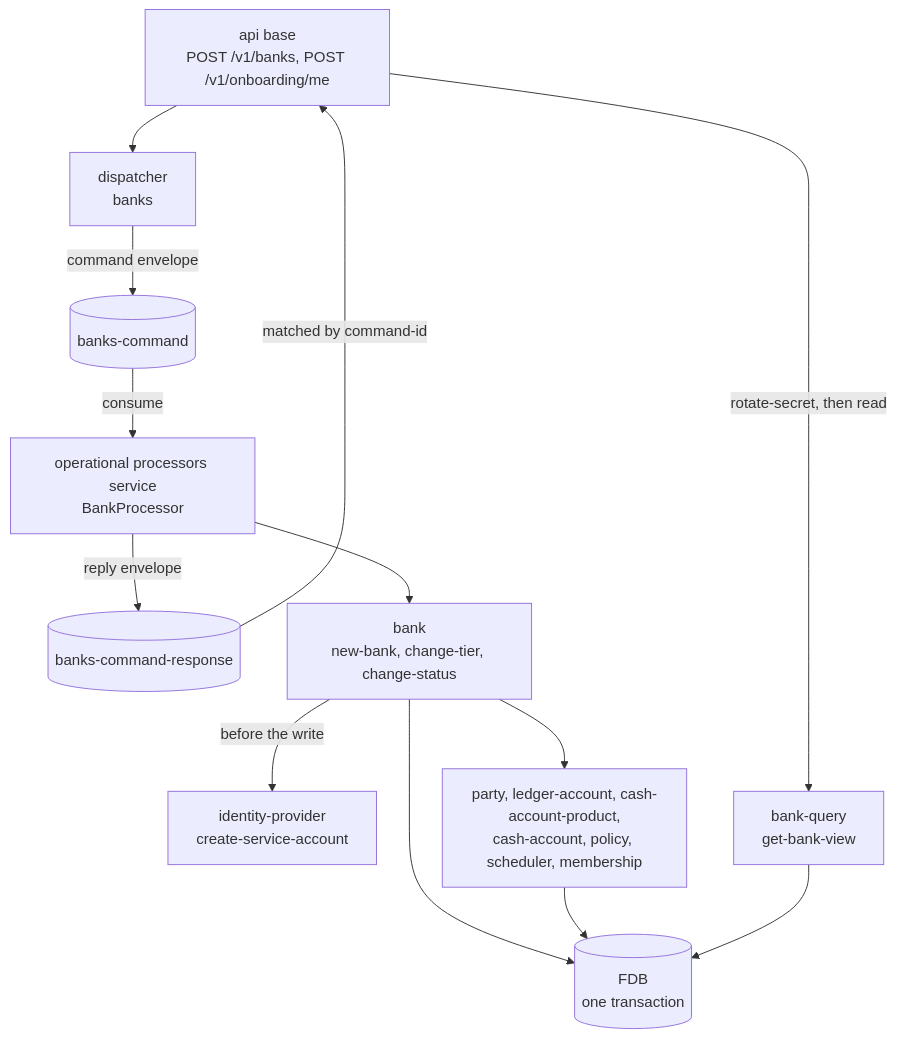
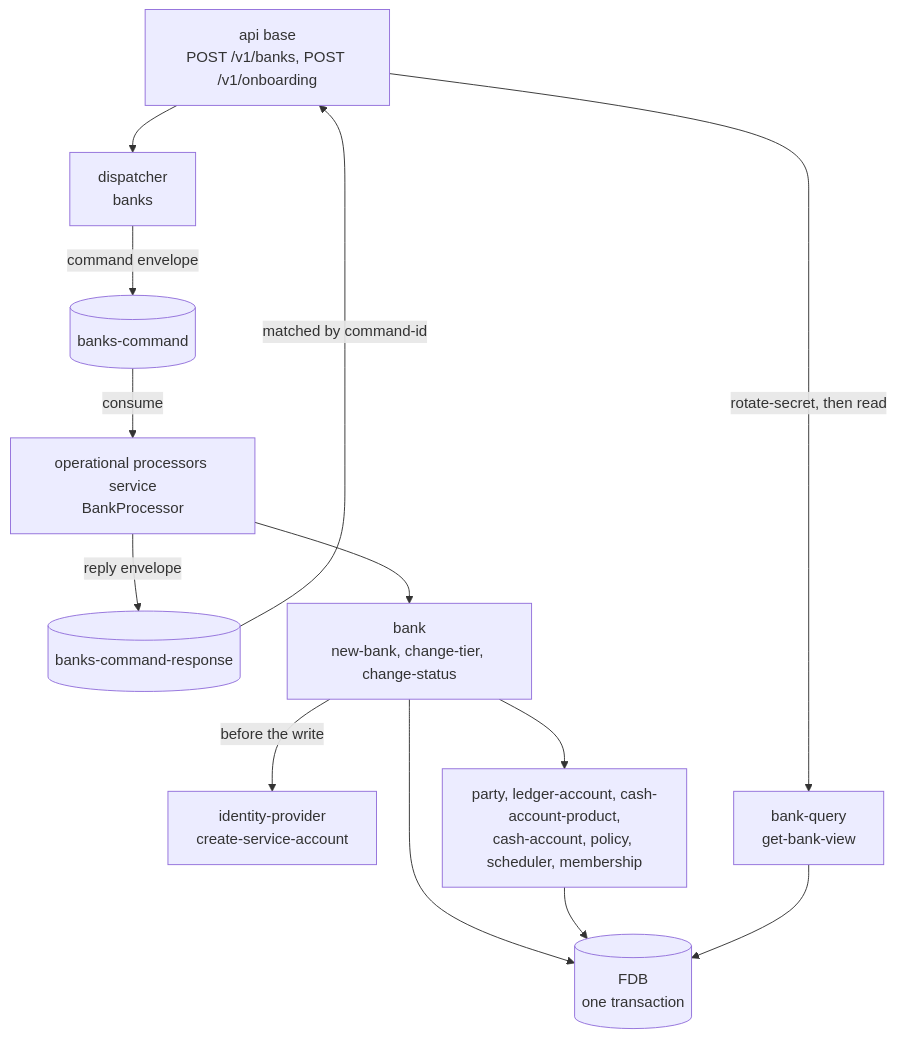
Before and after one commit to repldriven/queenswood: the diagram in docs/tdd/banks.md, drawn with Mermaid. The commit also changed other lines of this file and 61 other files, not shown here.

````diff
--- a/docs/tdd/banks.md
+++ b/docs/tdd/banks.md
@@ -85,26 +85,26 @@
 ```mermaid
 graph TD
-    API["api base<br/>POST /v1/banks, POST /v1/onboarding/me"]
+    API["api base<br/>POST /v1/banks, POST /v1/onboarding"]
     DISP["dispatcher<br/>banks"]
     CH[("banks-command")]
     RCH[("banks-command-response")]
     PROC["operational processors service<br/>BankProcessor"]
     CORE["bank<br/>new-bank, change-tier, change-status"]
     IDP["identity-provider<br/>create-service-account"]
     BRICKS["party, ledger-account, cash-account-product,<br/>cash-account, policy, scheduler, membership"]
     QRY["bank-query<br/>get-bank-view"]
     FDB[("FDB<br/>one transaction")]
 
     API --> DISP
     DISP -->|"command envelope"| CH
     CH -->|consume| PROC
     PROC --> CORE
     CORE -->|"before the write"| IDP
     CORE --> BRICKS
     CORE --> FDB
     BRICKS --> FDB
     PROC -->|"reply envelope"| RCH
     RCH -->|"matched by command-id"| API
     API -->|"rotate-secret, then read"| QRY
     QRY --> FDB
 ```
````
